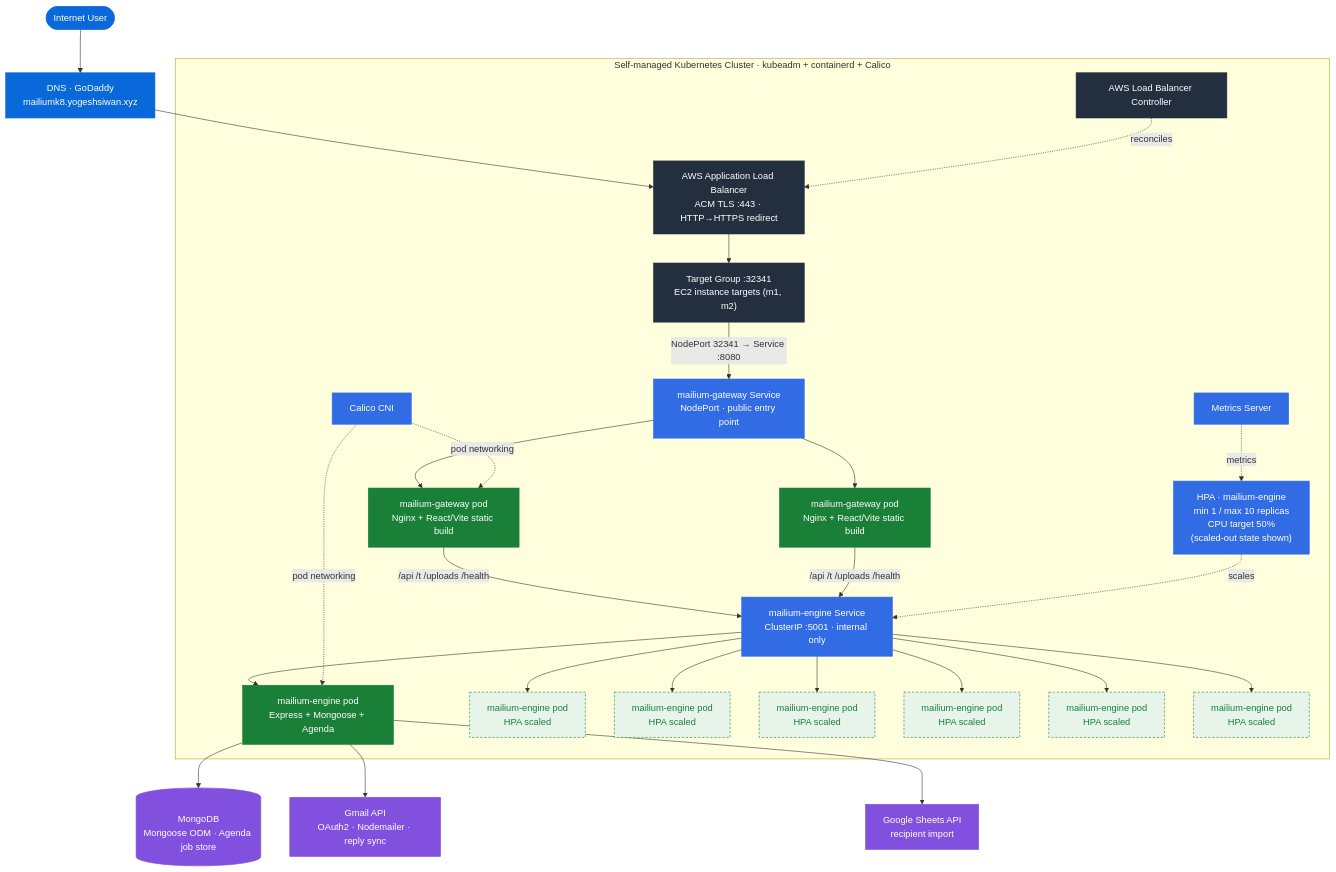
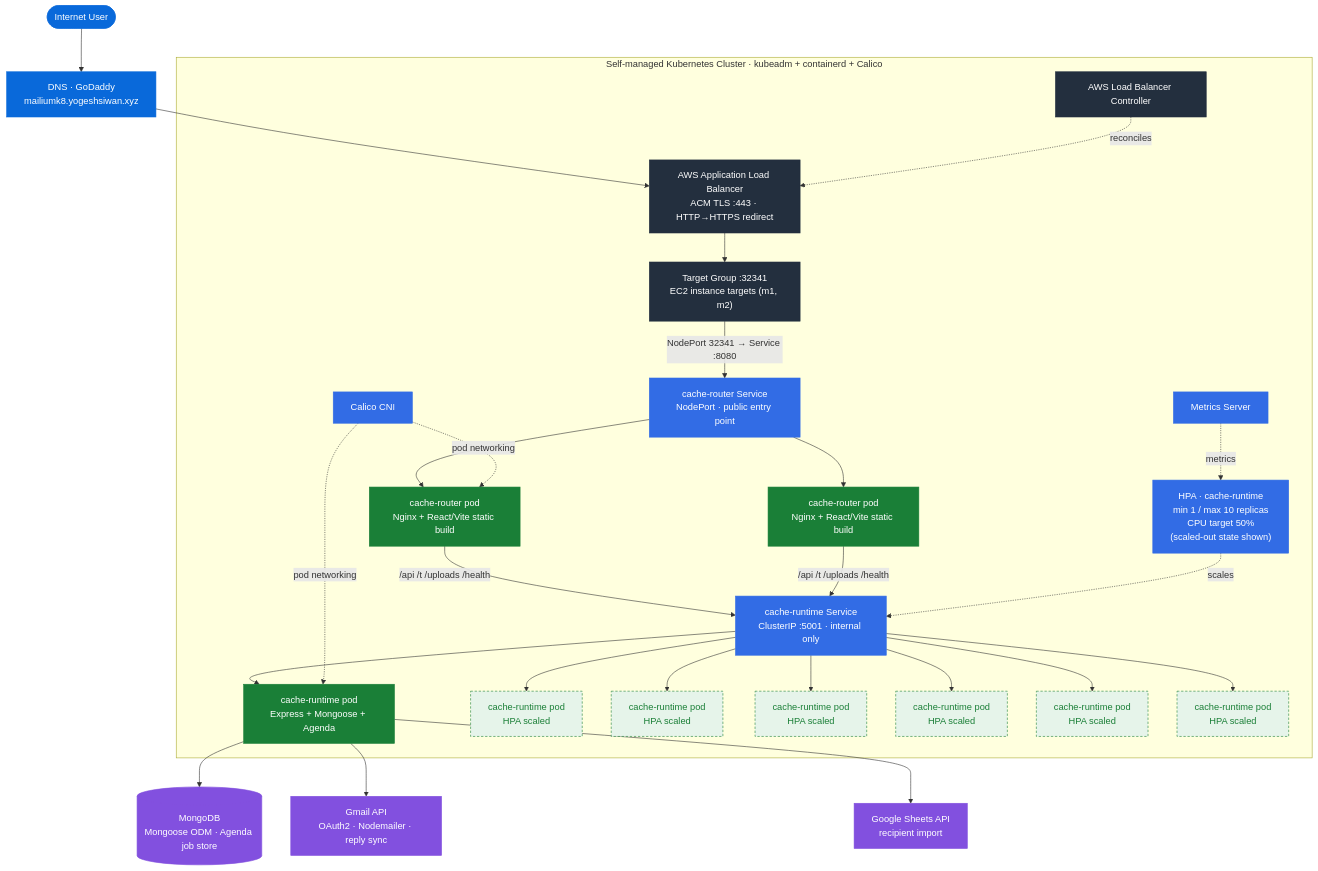
Before and after one commit to yogesiwan/mailium: the diagram in docs/diagrams/kubernetes-architecture.mmd, drawn with Mermaid. The commit also changed 1 other file, not shown here.

```diff
--- a/docs/diagrams/kubernetes-architecture.mmd
+++ b/docs/diagrams/kubernetes-architecture.mmd
@@ -1,46 +1,46 @@
 flowchart TB
     user([Internet User]) --> dns["DNS · GoDaddy<br/>mailiumk8.yogeshsiwan.xyz"]
     dns --> alb["AWS Application Load Balancer<br/>ACM TLS :443 · HTTP→HTTPS redirect"]
     alb --> tg["Target Group :32341<br/>EC2 instance targets (m1, m2)"]
 
     subgraph cluster["Self-managed Kubernetes Cluster · kubeadm + containerd + Calico"]
-        tg -->|"NodePort 32341 → Service :8080"| gwSvc["mailium-gateway Service<br/>NodePort · public entry point"]
+        tg -->|"NodePort 32341 → Service :8080"| gwSvc["cache-router Service<br/>NodePort · public entry point"]
 
-        gwSvc --> gw1["mailium-gateway pod<br/>Nginx + React/Vite static build"]
-        gwSvc --> gw2["mailium-gateway pod<br/>Nginx + React/Vite static build"]
+        gwSvc --> gw1["cache-router pod<br/>Nginx + React/Vite static build"]
+        gwSvc --> gw2["cache-router pod<br/>Nginx + React/Vite static build"]
 
-        gw1 -->|"/api /t /uploads /health"| engSvc["mailium-engine Service<br/>ClusterIP :5001 · internal only"]
+        gw1 -->|"/api /t /uploads /health"| engSvc["cache-runtime Service<br/>ClusterIP :5001 · internal only"]
         gw2 -->|"/api /t /uploads /health"| engSvc
 
-        engSvc --> e1["mailium-engine pod<br/>Express + Mongoose + Agenda"]
-        engSvc --> e2["mailium-engine pod<br/>HPA scaled"]
-        engSvc --> e3["mailium-engine pod<br/>HPA scaled"]
-        engSvc --> e4["mailium-engine pod<br/>HPA scaled"]
-        engSvc --> e5["mailium-engine pod<br/>HPA scaled"]
-        engSvc --> e6["mailium-engine pod<br/>HPA scaled"]
-        engSvc --> e7["mailium-engine pod<br/>HPA scaled"]
+        engSvc --> e1["cache-runtime pod<br/>Express + Mongoose + Agenda"]
+        engSvc --> e2["cache-runtime pod<br/>HPA scaled"]
+        engSvc --> e3["cache-runtime pod<br/>HPA scaled"]
+        engSvc --> e4["cache-runtime pod<br/>HPA scaled"]
+        engSvc --> e5["cache-runtime pod<br/>HPA scaled"]
+        engSvc --> e6["cache-runtime pod<br/>HPA scaled"]
+        engSvc --> e7["cache-runtime pod<br/>HPA scaled"]
 
-        metrics["Metrics Server"] -. metrics .-> hpa["HPA · mailium-engine<br/>min 1 / max 10 replicas<br/>CPU target 50%<br/>(scaled-out state shown)"]
+        metrics["Metrics Server"] -. metrics .-> hpa["HPA · cache-runtime<br/>min 1 / max 10 replicas<br/>CPU target 50%<br/>(scaled-out state shown)"]
         hpa -. scales .-> engSvc
         lbc["AWS Load Balancer Controller"] -. reconciles .-> alb
         calico["Calico CNI"] -. pod networking .-> gw1
         calico -. pod networking .-> e1
     end
 
     e1 --> mongo[("MongoDB<br/>Mongoose ODM · Agenda job store")]
     e1 --> gmail["Gmail API<br/>OAuth2 · Nodemailer · reply sync"]
     e1 --> sheets["Google Sheets API<br/>recipient import"]
 
     classDef public fill:#0969DA,color:#fff,stroke:#0969DA
     classDef aws fill:#232F3E,color:#fff,stroke:#232F3E
     classDef k8s fill:#326CE5,color:#fff,stroke:#326CE5
     classDef app fill:#1a7f37,color:#fff,stroke:#1a7f37
     classDef scaled fill:#e6f4ea,color:#1a7f37,stroke:#1a7f37,stroke-width:1px,stroke-dasharray:4 3
     classDef data fill:#8250df,color:#fff,stroke:#8250df
 
     class user,dns public
     class alb,tg,lbc aws
     class gwSvc,engSvc,metrics,hpa,calico k8s
     class gw1,gw2,e1 app
     class e2,e3,e4,e5,e6,e7 scaled
     class mongo,gmail,sheets data
```
